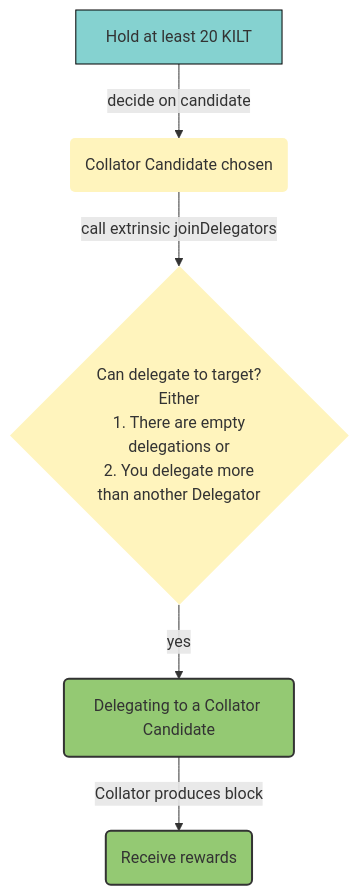
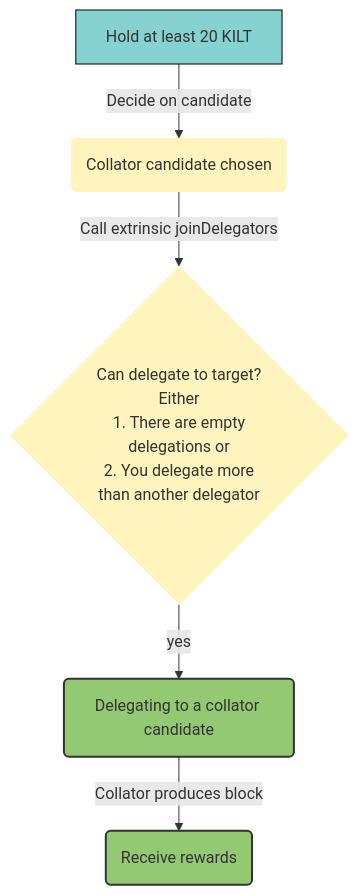
Before and after one commit to KILTprotocol/docs: the first of 2 diagrams in docs/participate/01_staking/03_delegate/02_become.md, drawn with Mermaid. The commit also changed other lines of this file and 30 other files, not shown here.

````diff
--- a/docs/participate/01_staking/03_delegate/02_become.md
+++ b/docs/participate/01_staking/03_delegate/02_become.md
@@ -37,20 +37,20 @@
 ```mermaid
 flowchart TD
-   A["Hold at least 20 KILT"] --> |"decide on candidate"| B("Collator Candidate chosen");
-   B --> |"call extrinsic joinDelegators"| C{"Can delegate to target? \n Either \n 1. There are empty \n delegations or \n 2. You delegate more \n than another Delegator"};
-   C --> |yes| D("Delegating to a Collator Candidate")
+   A["Hold at least 20 KILT"] --> |"Decide on candidate"| B("Collator candidate chosen");
+   B --> |"Call extrinsic joinDelegators"| C{"Can delegate to target? \n Either \n 1. There are empty \n delegations or \n 2. You delegate more \n than another delegator"};
+   C --> |yes| D("Delegating to a collator candidate")
    D --> |"Collator produces block"| E("Receive rewards")
     %% Styles
     A:::unstakedFreeKilt
     B:::preDelegationCheck
     C:::preDelegationCheck
     D:::activelyDelegating
     E:::activelyDelegating
     
     %% StyleDef
     classDef preDelegationCheck fill:#FFF4BD,stroke:none;
     classDef notDelegating fill:#F1C0B9, stroke:black, stroke-width:1px;;
     classDef unstakedFreeKilt fill:#85D2D0,stroke:black, stroke-width:1px;
     classDef activelyDelegating fill:#94C973,stroke:#333, stroke-width:2px;
     classDef preUnlockStaked fill:#F37970, stroke:black;
 ```
````
